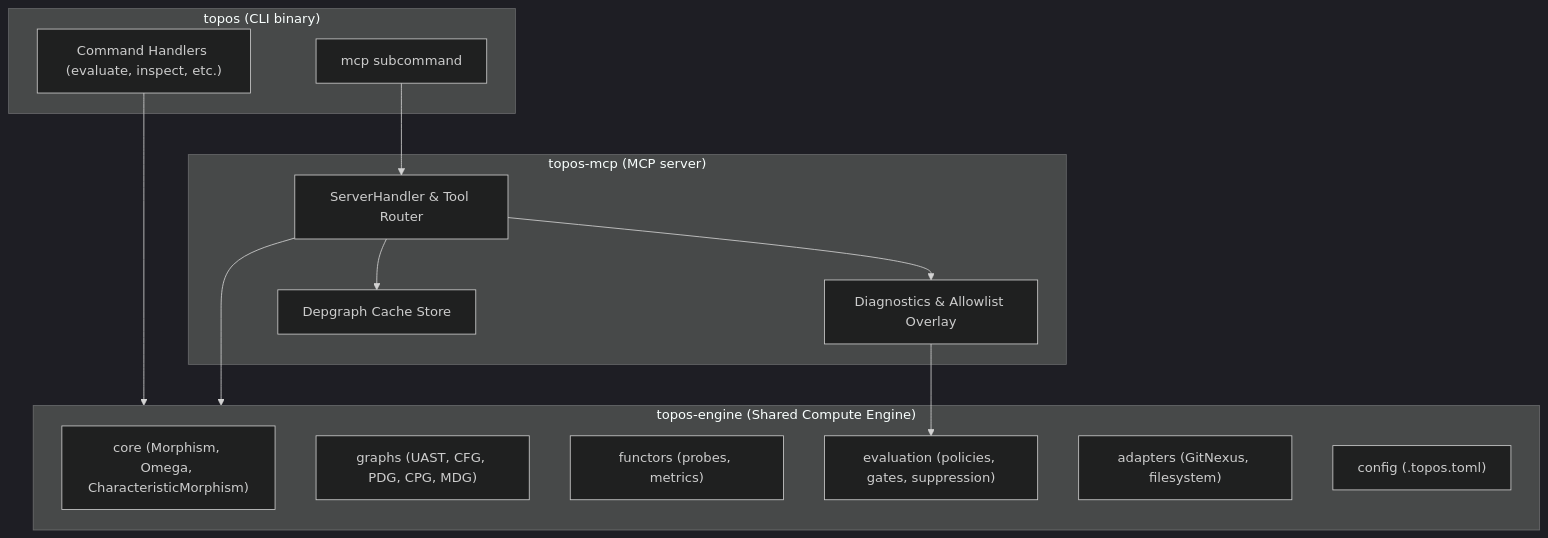
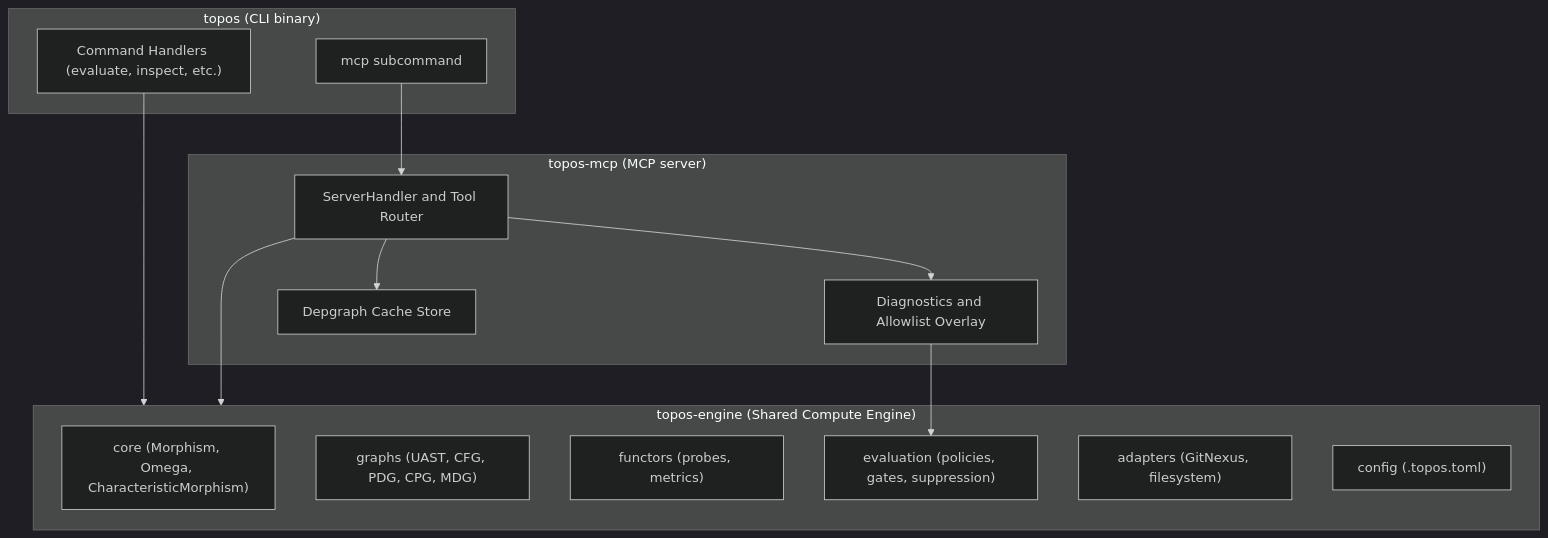
The first of 3 diagrams in openwiki/architecture/overview.md (Krv-Labs/topos), drawn with Mermaid (dark theme) before and after one commit. The commit also changed other lines of this file and 14 other files, not shown here.

````diff
--- a/openwiki/architecture/overview.md
+++ b/openwiki/architecture/overview.md
@@ -67,29 +67,29 @@
 ```mermaid
 flowchart TD
     subgraph CLI["topos (CLI binary)"]
         CLICmds["Command Handlers (evaluate, inspect, etc.)"]
         CLIMcp["mcp subcommand"]
     end
 
     subgraph MCP["topos-mcp (MCP server)"]
-        MCPServer["ServerHandler & Tool Router"]
-        MCPDiag["Diagnostics & Allowlist Overlay"]
+        MCPServer["ServerHandler and Tool Router"]
+        MCPDiag["Diagnostics and Allowlist Overlay"]
         MCPDep["Depgraph Cache Store"]
     end
 
     subgraph Engine["topos-engine (Shared Compute Engine)"]
         Core["core (Morphism, Omega, CharacteristicMorphism)"]
         Graphs["graphs (UAST, CFG, PDG, CPG, MDG)"]
         Functors["functors (probes, metrics)"]
         Evaluation["evaluation (policies, gates, suppression)"]
         Adapters["adapters (GitNexus, filesystem)"]
         Config["config (.topos.toml)"]
     end
 
     CLICmds --> Engine
     CLIMcp --> MCPServer
     MCPServer --> MCPDiag
     MCPServer --> MCPDep
     MCPServer --> Engine
     MCPDiag --> Evaluation
 ```
````
